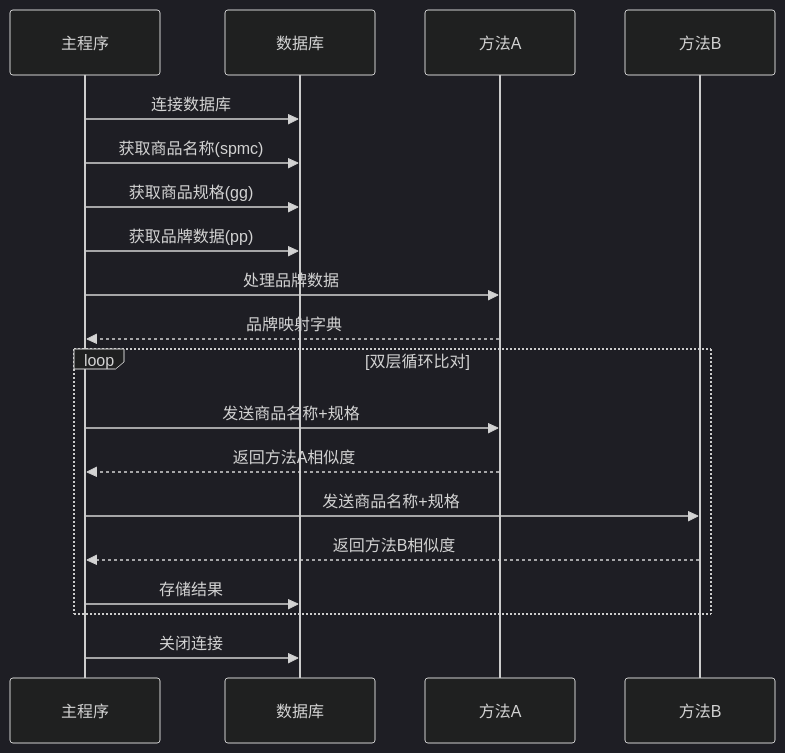
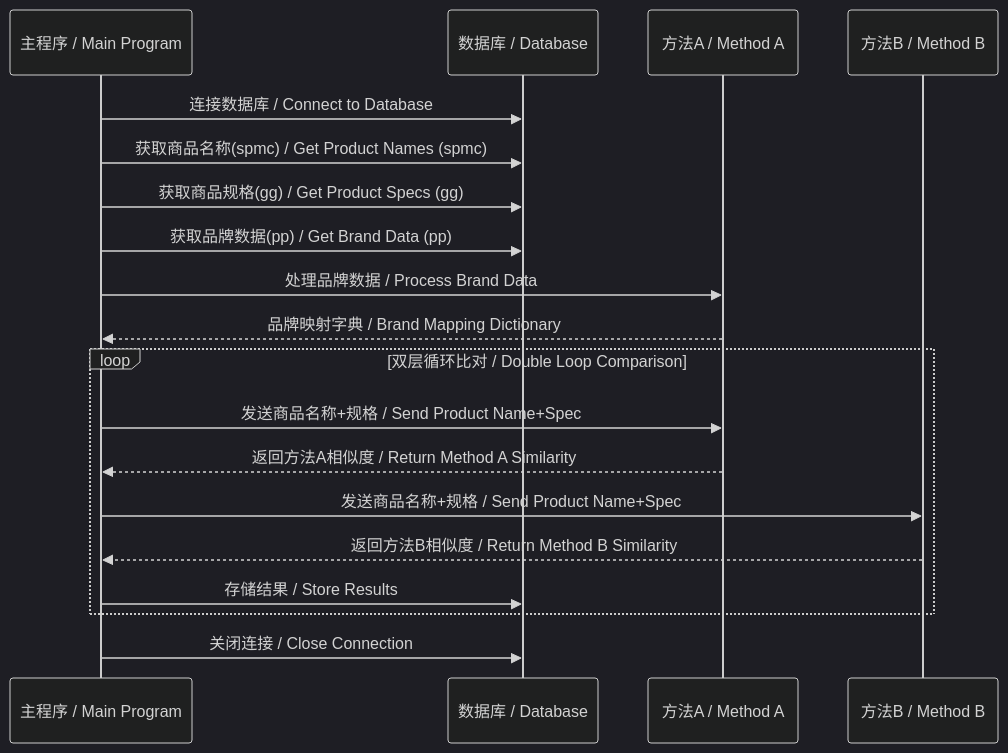
One commit to 041008Ashley/2025-ProductTitleMatchingAnalysis changed the seventh of 10 diagrams in README.md. Above: the diagram before and after it, drawn with Mermaid (dark theme). The commit also changed other lines of this file, not shown here.

````diff
--- a/README.md
+++ b/README.md
@@ -308,24 +304,24 @@
 ```mermaid
 sequenceDiagram
-    participant 主程序
-    participant 数据库
-    participant 方法A
-    participant 方法B
+    participant 主程序 / Main Program
+    participant 数据库 / Database
+    participant 方法A / Method A
+    participant 方法B / Method B
     
-    主程序->>数据库: 连接数据库
-    主程序->>数据库: 获取商品名称(spmc)
-    主程序->>数据库: 获取商品规格(gg)
-    主程序->>数据库: 获取品牌数据(pp)
-    主程序->>方法A: 处理品牌数据
-    方法A-->>主程序: 品牌映射字典
+    主程序 / Main Program->>数据库 / Database: 连接数据库 / Connect to Database
+    主程序 / Main Program->>数据库 / Database: 获取商品名称(spmc) / Get Product Names (spmc)
+    主程序 / Main Program->>数据库 / Database: 获取商品规格(gg) / Get Product Specs (gg)
+    主程序 / Main Program->>数据库 / Database: 获取品牌数据(pp) / Get Brand Data (pp)
+    主程序 / Main Program->>方法A / Method A: 处理品牌数据 / Process Brand Data
+    方法A / Method A-->>主程序 / Main Program: 品牌映射字典 / Brand Mapping Dictionary
     
-    loop 双层循环比对
-        主程序->>方法A: 发送商品名称+规格
-        方法A-->>主程序: 返回方法A相似度
-        主程序->>方法B: 发送商品名称+规格
-        方法B-->>主程序: 返回方法B相似度
-        主程序->>数据库: 存储结果
+    loop 双层循环比对 / Double Loop Comparison
+        主程序 / Main Program->>方法A / Method A: 发送商品名称+规格 / Send Product Name+Spec
+        方法A / Method A-->>主程序 / Main Program: 返回方法A相似度 / Return Method A Similarity
+        主程序 / Main Program->>方法B / Method B: 发送商品名称+规格 / Send Product Name+Spec
+        方法B / Method B-->>主程序 / Main Program: 返回方法B相似度 / Return Method B Similarity
+        主程序 / Main Program->>数据库 / Database: 存储结果 / Store Results
     end
     
-    主程序->>数据库: 关闭连接
+    主程序 / Main Program->>数据库 / Database: 关闭连接 / Close Connection
 ```
````
